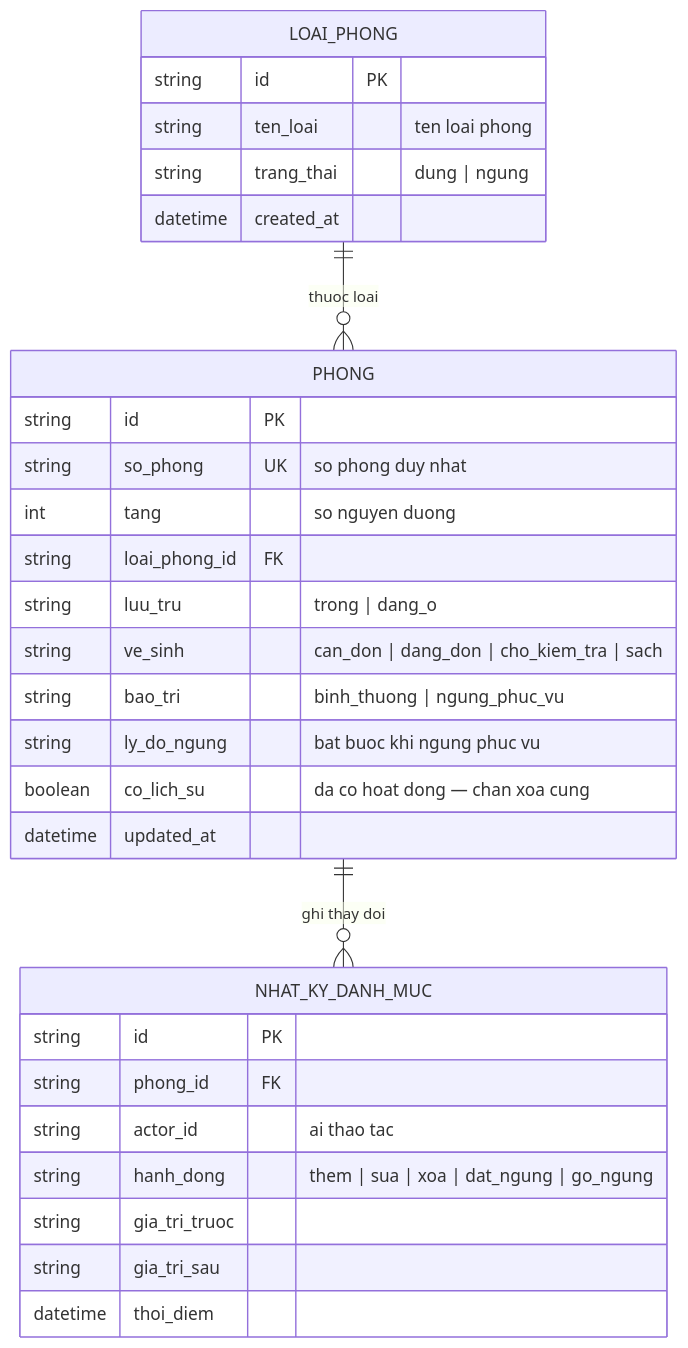
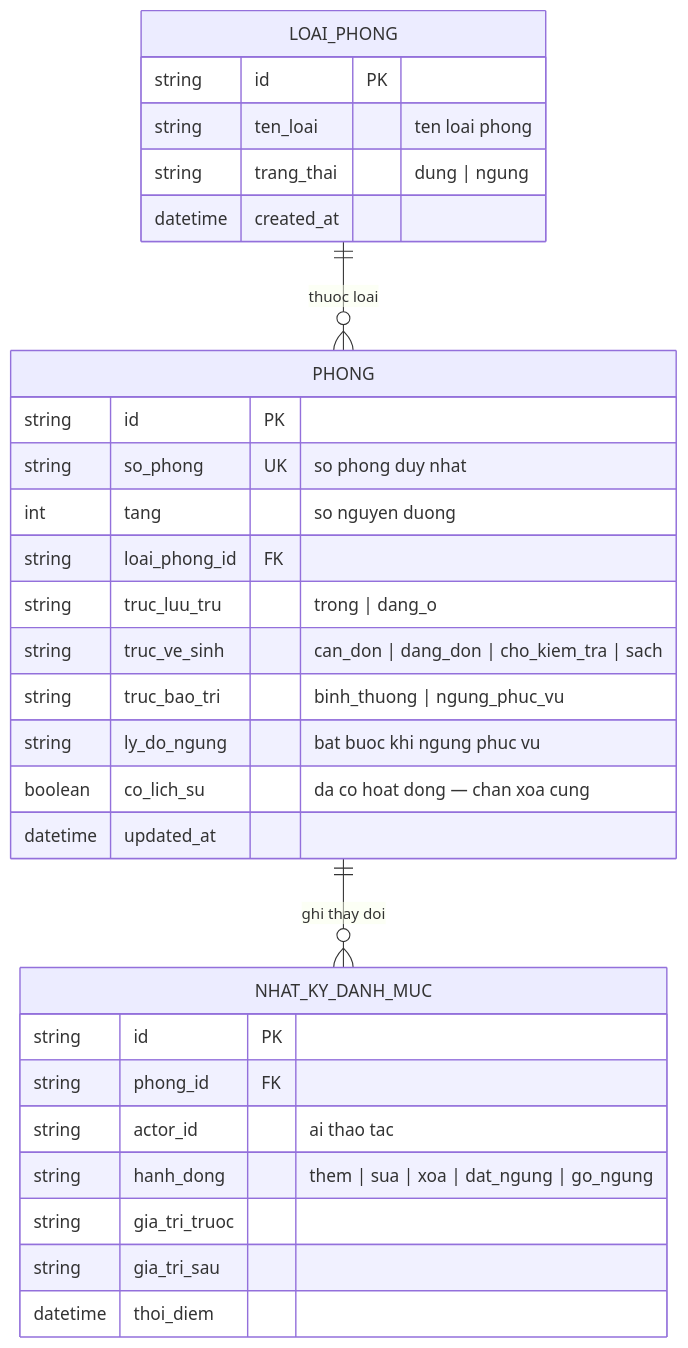
One commit to DatTran26/khachsan-di-dong changed the diagram in docs/features/room-catalog/srs/room-catalog-erd.md. Above: the diagram before and after it, drawn with Mermaid. The commit also changed 101 other files, not shown here.

````diff
--- a/docs/features/room-catalog/srs/room-catalog-erd.md
+++ b/docs/features/room-catalog/srs/room-catalog-erd.md
@@ -9,35 +9,35 @@
 ```mermaid
 erDiagram
     LOAI_PHONG ||--o{ PHONG : "thuoc loai"
     PHONG ||--o{ NHAT_KY_DANH_MUC : "ghi thay doi"
 
     LOAI_PHONG {
         string id PK
         string ten_loai "ten loai phong"
         string trang_thai "dung | ngung"
         datetime created_at
     }
 
     PHONG {
         string id PK
         string so_phong UK "so phong duy nhat"
         int tang "so nguyen duong"
         string loai_phong_id FK
-        string luu_tru "trong | dang_o"
-        string ve_sinh "can_don | dang_don | cho_kiem_tra | sach"
-        string bao_tri "binh_thuong | ngung_phuc_vu"
+        string truc_luu_tru "trong | dang_o"
+        string truc_ve_sinh "can_don | dang_don | cho_kiem_tra | sach"
+        string truc_bao_tri "binh_thuong | ngung_phuc_vu"
         string ly_do_ngung "bat buoc khi ngung phuc vu"
         boolean co_lich_su "da co hoat dong — chan xoa cung"
         datetime updated_at
     }
 
     NHAT_KY_DANH_MUC {
         string id PK
         string phong_id FK
         string actor_id "ai thao tac"
         string hanh_dong "them | sua | xoa | dat_ngung | go_ngung"
         string gia_tri_truoc
         string gia_tri_sau
         datetime thoi_diem
     }
 ```
````
